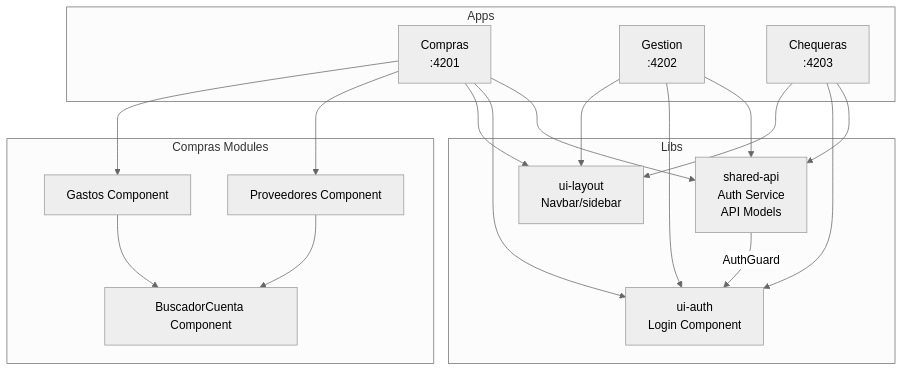
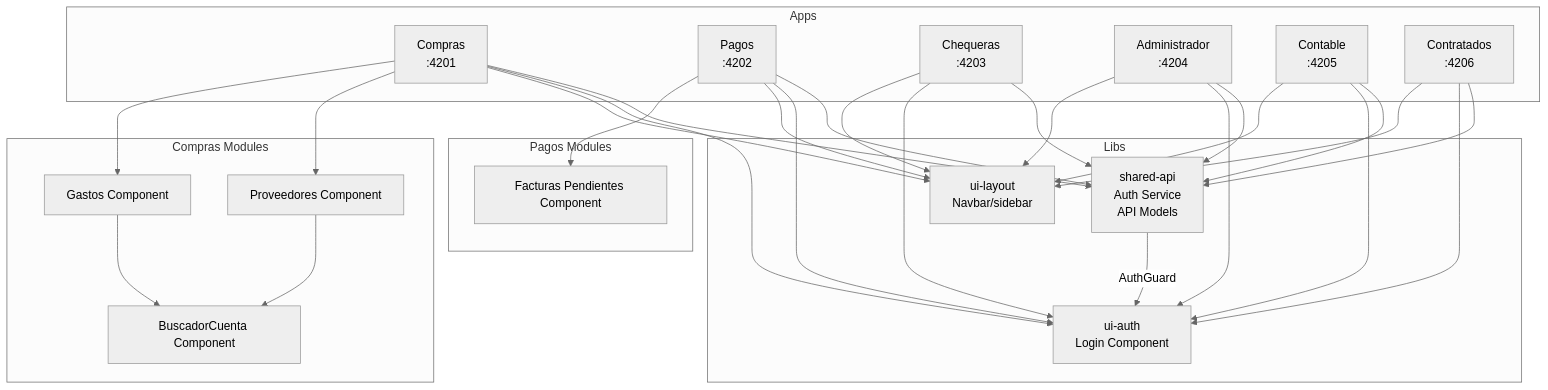
Before and after one commit to UM-services/UM.tesoreria.frontend-client: the diagram in README.md, drawn with Mermaid (neutral theme). The commit also changed other lines of this file and 116 other files, not shown here.

First line of the commit message:
refactor(apps): reestructurar monorepo dividiendo gestion en administrador y pagos

````diff
--- a/README.md
+++ b/README.md
@@ -56,37 +62,58 @@
 ```mermaid
 graph TB
     subgraph Apps
         C[Compras<br/>:4201]
-        G[Gestion<br/>:4202]
+        P[Pagos<br/>:4202]
         Q[Chequeras<br/>:4203]
+        A[Administrador<br/>:4204]
+        CT[Contable<br/>:4205]
+        CR[Contratados<br/>:4206]
     end
 
     subgraph "Compras Modules"
         PROV[Proveedores Component]
         GAST[Gastos Component]
         BUSC[BuscadorCuenta Component]
+    end
+
+    subgraph "Pagos Modules"
+        FP[Facturas Pendientes Component]
     end
 
     subgraph Libs
         API[shared-api<br/>Auth Service<br/>API Models]
         AUTH[ui-auth<br/>Login Component]
         LAYOUT[ui-layout<br/>Navbar/sidebar]
     end
 
     C --> API
     C --> AUTH
     C --> LAYOUT
     C --> PROV
     C --> GAST
     PROV --> BUSC
     GAST --> BUSC
 
-    G --> API
-    G --> AUTH
-    G --> LAYOUT
+    P --> API
+    P --> AUTH
+    P --> LAYOUT
+    P --> FP
+
     Q --> API
     Q --> AUTH
     Q --> LAYOUT
 
+    A --> API
+    A --> AUTH
+    A --> LAYOUT
+
+    CT --> API
+    CT --> AUTH
+    CT --> LAYOUT
+
+    CR --> API
+    CR --> AUTH
+    CR --> LAYOUT
+
     API --> |AuthGuard| AUTH
 ```
````
